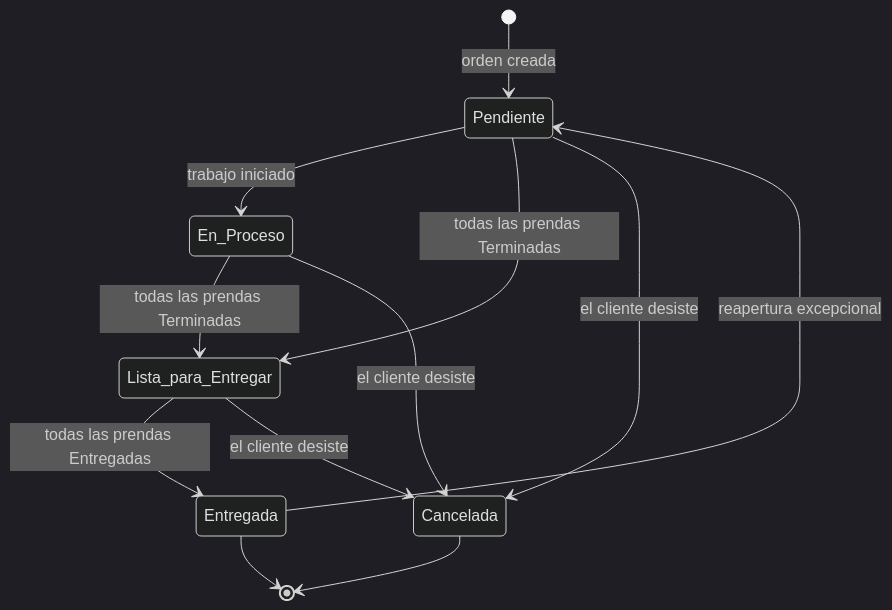
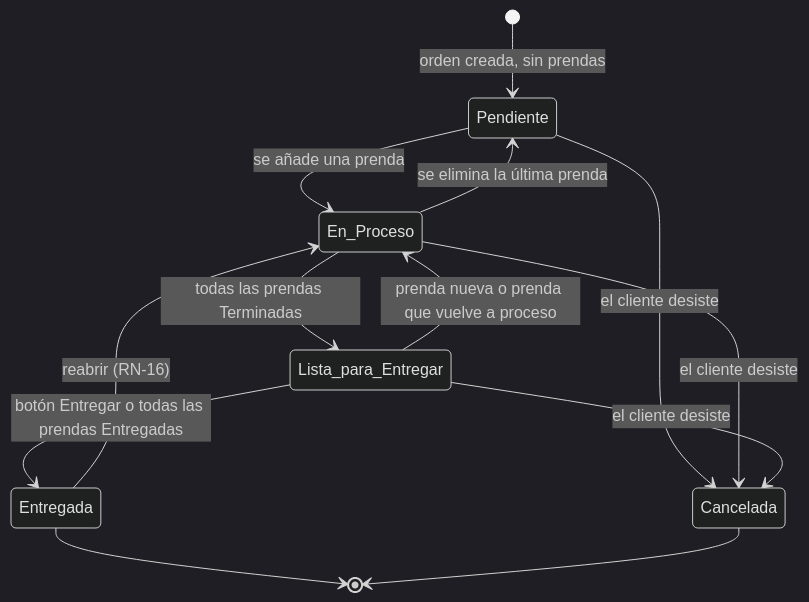
One commit to Aryannext/Costura-app changed the seventh of 10 diagrams in docs/DIAGRAMAS.md. Above: the diagram before and after it, drawn with Mermaid (dark theme). The commit also changed other lines of this file and 19 other files, not shown here.

First line of the commit message:
fix(estados): derivar el estado de la orden de sus prendas (RN-16, RN-17, P1-10)

````diff
--- a/docs/DIAGRAMAS.md
+++ b/docs/DIAGRAMAS.md
@@ -387,16 +387,17 @@
 ```mermaid
 stateDiagram-v2
-    [*] --> Pendiente : orden creada
-    Pendiente --> En_Proceso : trabajo iniciado
+    [*] --> Pendiente : orden creada, sin prendas
+    Pendiente --> En_Proceso : se añade una prenda
+    En_Proceso --> Pendiente : se elimina la última prenda
     En_Proceso --> Lista_para_Entregar : todas las prendas Terminadas
-    Pendiente --> Lista_para_Entregar : todas las prendas Terminadas
-    Lista_para_Entregar --> Entregada : todas las prendas Entregadas
-    Entregada --> Pendiente : reapertura excepcional
+    Lista_para_Entregar --> En_Proceso : prenda nueva o prenda que vuelve a proceso
+    Lista_para_Entregar --> Entregada : botón Entregar o todas las prendas Entregadas
+    Entregada --> En_Proceso : reabrir (RN-16)
 
     Pendiente --> Cancelada : el cliente desiste
     En_Proceso --> Cancelada : el cliente desiste
     Lista_para_Entregar --> Cancelada : el cliente desiste
 
     Entregada --> [*]
     Cancelada --> [*]
 ```
````
